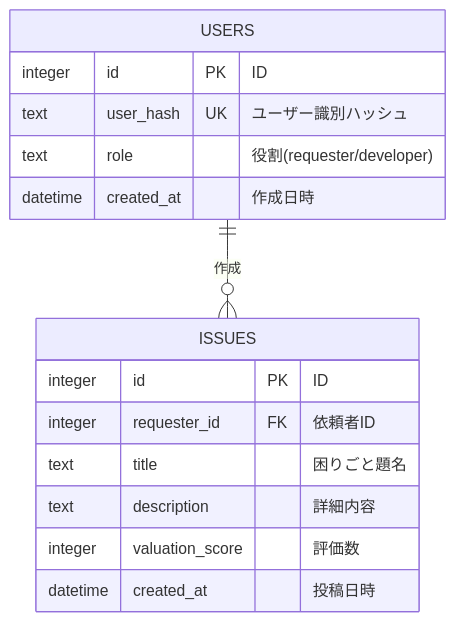
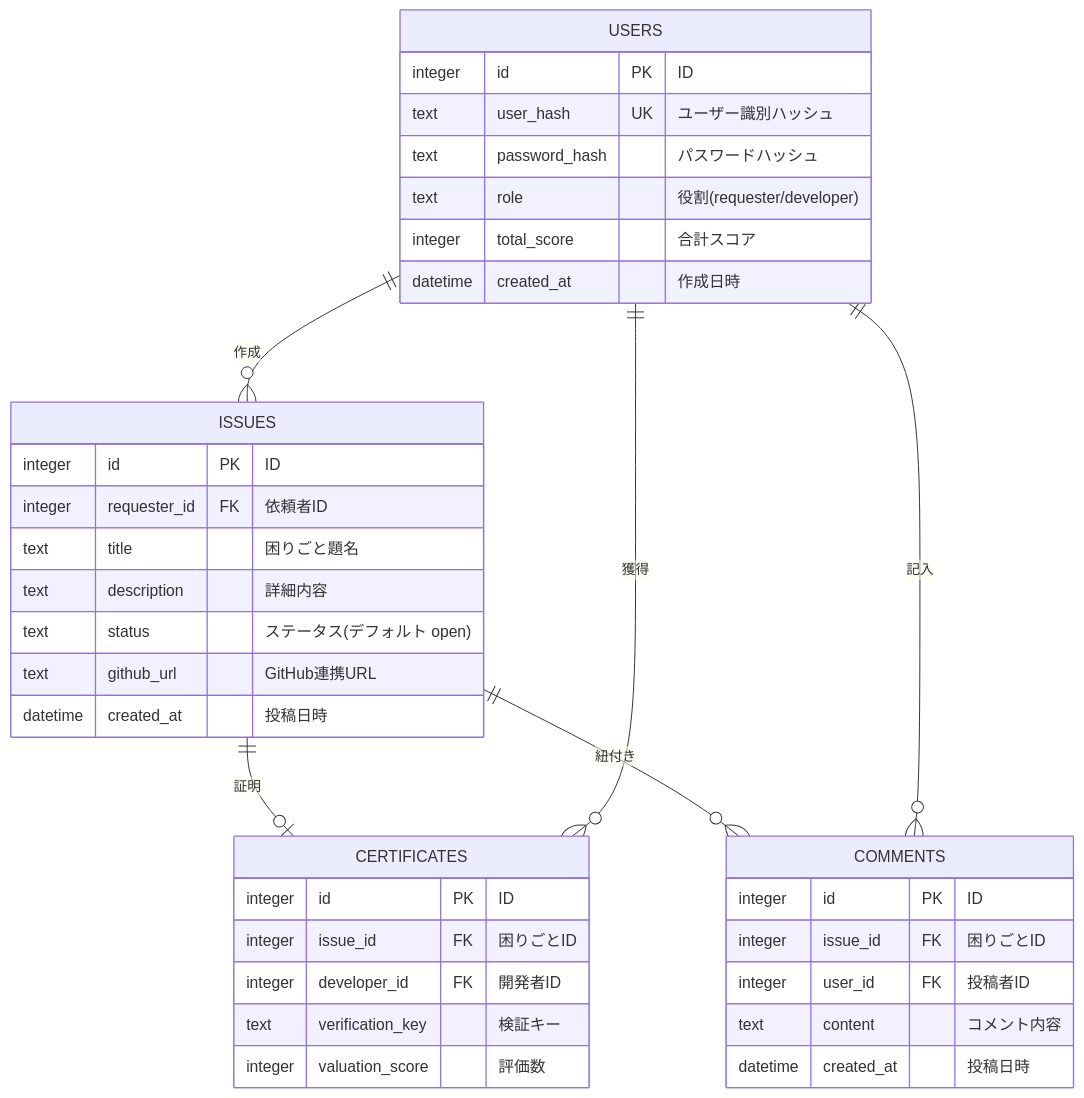
One commit to matsutanishimpei/m-komarabo changed the diagram in er_diagram.md. Above: the diagram before and after it, drawn with Mermaid. The commit also changed 15 other files, not shown here.

Commit message:
feat: パスワード認証機能の実装、DBスキーマ拡張、および設計図面の更新

````diff
--- a/er_diagram.md
+++ b/er_diagram.md
@@ -1,20 +1,43 @@
 ```mermaid
 erDiagram
-    USERS ||--o{ ISSUES : "作成"
-
     USERS {
         integer id PK "ID"
         text user_hash UK "ユーザー識別ハッシュ"
+        text password_hash "パスワードハッシュ"
         text role "役割(requester/developer)"
+        integer total_score "合計スコア"
         datetime created_at "作成日時"
     }
 
     ISSUES {
         integer id PK "ID"
         integer requester_id FK "依頼者ID"
         text title "困りごと題名"
         text description "詳細内容"
-        integer valuation_score "評価数"
+        text status "ステータス(デフォルト open)"
+        text github_url "GitHub連携URL"
         datetime created_at "投稿日時"
     }
+
+    CERTIFICATES {
+        integer id PK "ID"
+        integer issue_id FK "困りごとID"
+        integer developer_id FK "開発者ID"
+        text verification_key "検証キー"
+        integer valuation_score "評価数"
+    }
+
+    COMMENTS {
+        integer id PK "ID"
+        integer issue_id FK "困りごとID"
+        integer user_id FK "投稿者ID"
+        text content "コメント内容"
+        datetime created_at "投稿日時"
+    }
+
+    USERS ||--o{ ISSUES : "作成"
+    ISSUES ||--o| CERTIFICATES : "証明"
+    USERS ||--o{ CERTIFICATES : "獲得"
+    ISSUES ||--o{ COMMENTS : "紐付き"
+    USERS ||--o{ COMMENTS : "記入"
 ```
````
